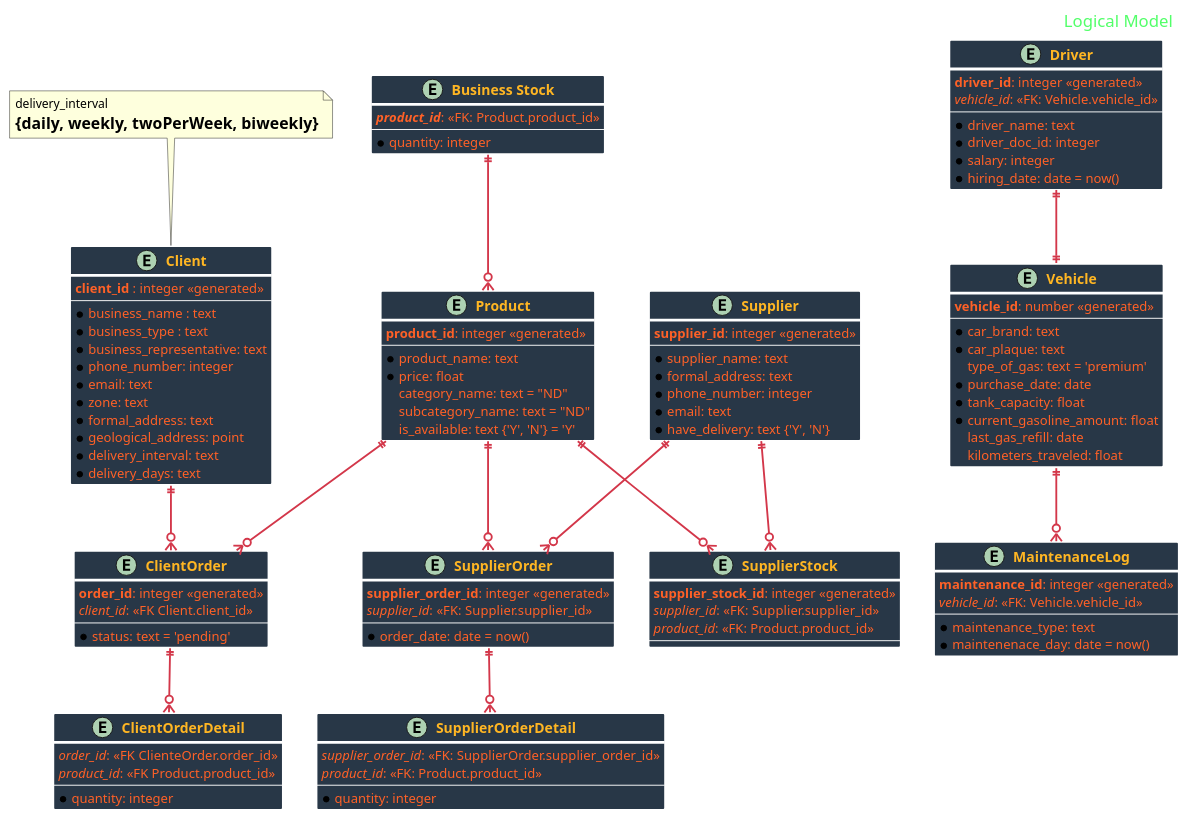
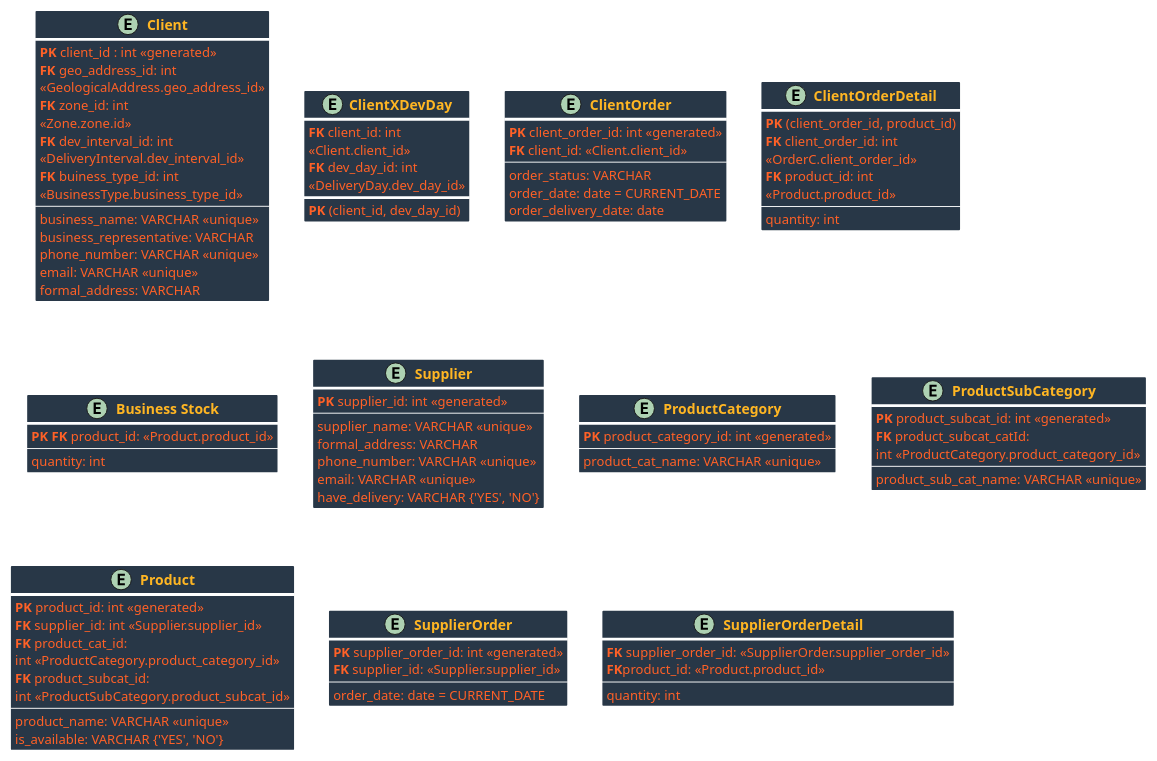
The diagram in logical_diagram.puml (hros19/CorreCaminos-management-system), drawn with PlantUML before and after one commit.

Commit message:
Updgrade of logical diagram

```diff
--- a/logical_diagram.puml
+++ b/logical_diagram.puml
@@ -1,148 +1,123 @@
 @startuml Logical Database Model
 
 skinparam BackgroundColor transparent
 
 skinparam HeaderFontColor #52FF69
 skinparam HeaderFontSize 18
 
 skinparam ArrowFontSize 15
 skinparam ArrowColor D3374A
 skinparam ArrowThickness 2
 skinparam ArrowFontColor #3FD0C4
 
 skinparam ClassBorderColor white
 skinparam ClassBorderThickness 3
 skinparam ClassAttributeFontSize 14
 skinparam ClassAttributeFontColor FF6127
 skinparam ClassBackgroundColor #283747
 skinparam ClassFontSize 15
 skinparam ClassFontStyle Bold
 skinparam ClassFontColor #FFB623
 
-
-header Logical Model
-
 entity "Client" as Client {
-  **client_id** : integer <<generated>>
+  **PK** client_id : int <<generated>>
+  **FK** geo_address_id: int
+    <<GeologicalAddress.geo_address_id>>
+  **FK** zone_id: int
+    <<Zone.zone.id>>
+  **FK** dev_interval_id: int
+    <<DeliveryInterval.dev_interval_id>>
+  **FK** buiness_type_id: int
+    <<BusinessType.business_type_id>>
   --
-  *business_name : text
-  *business_type : text
-  *business_representative: text
-  *phone_number: integer
-  *email: text
-  *zone: text
-  *formal_address: text
-  *geological_address: point
-  *delivery_interval: text
-  *delivery_days: text
-}
-note top
-  delivery_interval 
-  = {daily, weekly, twoPerWeek, biweekly}
-end note
-
-entity "Vehicle" as Vehicle {
-    **vehicle_id**: number <<generated>>
-    --
-    *car_brand: text
-    *car_plaque: text
-    type_of_gas: text = 'premium'
-    *purchase_date: date
-    *tank_capacity: float
-    *current_gasoline_amount: float
-    last_gas_refill: date
-    kilometers_traveled: float
+  business_name: VARCHAR <<unique>>
+  business_representative: VARCHAR
+  phone_number: VARCHAR <<unique>>
+  email: VARCHAR <<unique>>
+  formal_address: VARCHAR 
 }
 
-entity "MaintenanceLog" as MaintenanceLog {
-    **maintenance_id**: integer <<generated>>
-     //vehicle_id//: <<FK: Vehicle.vehicle_id>> 
-    --
-    *maintenance_type: text
-    *maintenenace_day: date = now()
-}
-
-entity "Driver" as Driver {
-    **driver_id**: integer <<generated>>
-    //vehicle_id//: <<FK: Vehicle.vehicle_id>>
-    --
-    *driver_name: text
-    *driver_doc_id: integer
-    *salary: integer
-    *hiring_date: date = now()
+entity "ClientXDevDay" as ClientXDevDay {
+  **PK** (client_id, dev_day_id)
+  **FK** client_id: int
+    <<Client.client_id>>
+  **FK** dev_day_id: int
+    <<DeliveryDay.dev_day_id>>
 }
 
 entity "ClientOrder" as OrderC{
-    **order_id**: integer <<generated>>
-    //client_id//: <<FK Client.client_id>>
+    **PK** client_order_id: int <<generated>>
+    **FK** client_id: <<Client.client_id>>
     --
-    *status: text = 'pending'
+    order_status: VARCHAR
+    order_date: date = CURRENT_DATE
+    order_delivery_date: date
 }
 
 entity "ClientOrderDetail" as OrderDetail {
-    //order_id//: <<FK ClienteOrder.order_id>>
-    //product_id//: <<FK Product.product_id>>
+    **PK** (client_order_id, product_id)
+    **FK** client_order_id: int
+      <<OrderC.client_order_id>>
+    **FK** product_id: int
+      <<Product.product_id>>
     --
-    *quantity: integer
+    quantity: int
 }
 
 entity "Business Stock" as BusinessStock {
-    **//product_id//**: <<FK: Product.product_id>>
+    **PK FK** product_id: <<Product.product_id>>
     --
-    *quantity: integer
+    quantity: int
 }
 
 entity "Supplier" as Supplier {
-    **supplier_id**: integer <<generated>>
+    **PK** supplier_id: int <<generated>>
     --
-    *supplier_name: text
-    *formal_address: text
-    *phone_number: integer
-    *email: text
-    *have_delivery: text {'Y', 'N'}
+    supplier_name: VARCHAR <<unique>>
+    formal_address: VARCHAR
+    phone_number: VARCHAR <<unique>>
+    email: VARCHAR <<unique>>
+    have_delivery: VARCHAR {'YES', 'NO'}
+}
+
+entity "ProductCategory" as ProductCategory {
+    **PK** product_category_id: int <<generated>>
+    --
+    product_cat_name: VARCHAR <<unique>>
+}
+
+entity "ProductSubCategory" as ProductSubCategory {
+    **PK** product_subcat_id: int <<generated>>
+    **FK** product_subcat_catId: 
+      int <<ProductCategory.product_category_id>>
+    --
+    product_sub_cat_name: VARCHAR <<unique>>
 }
 
 entity "Product" as Product {
-    **product_id**: integer <<generated>>
+    **PK** product_id: int <<generated>>
+    **FK** supplier_id: int <<Supplier.supplier_id>>
+    **FK** product_cat_id: 
+      int <<ProductCategory.product_category_id>>
+    **FK** product_subcat_id:
+      int <<ProductSubCategory.product_subcat_id>>
     --
-    *product_name: text
-    *price: float
-    category_name: text = "ND"
-    subcategory_name: text = "ND"
-    is_available: text {'Y', 'N'} = 'Y'
-}
-
-entity "SupplierStock" as SupplierStock {
-    **supplier_stock_id**: integer <<generated>>
-    //supplier_id//: <<FK: Supplier.supplier_id>>
-    //product_id//: <<FK: Product.product_id>>
-    --
+    product_name: VARCHAR <<unique>>
+    is_available: VARCHAR {'YES', 'NO'}
 }
 
 entity "SupplierOrder" as SupplierOrder {
-    **supplier_order_id**: integer <<generated>>
-    //supplier_id//: <<FK: Supplier.supplier_id>>
+    **PK** supplier_order_id: int <<generated>>
+    **FK** supplier_id: <<Supplier.supplier_id>>
     --
-   *order_date: date = now()
+   order_date: date = CURRENT_DATE
 }
 
 entity "SupplierOrderDetail" as SupplierOrderDetail {
-    //supplier_order_id//: <<FK: SupplierOrder.supplier_order_id>>
-    //product_id//: <<FK: Product.product_id>>
+    **FK** supplier_order_id: <<SupplierOrder.supplier_order_id>>
+    **FK**product_id: <<Product.product_id>>
     --
-    *quantity: integer
+    quantity: int
 }
 
-Driver ||--|| Vehicle
-Vehicle ||--o{ MaintenanceLog
-Client ||--o{ OrderC
-Product ||--o{ OrderC
-OrderC ||--o{ OrderDetail
-Supplier ||--o{ SupplierOrder
-Supplier ||--o{ SupplierStock
-Product ||--o{ SupplierStock
-Product ||--o{ SupplierOrder
-BusinessStock ||--o{ Product
-SupplierOrder ||--o{  SupplierOrderDetail
-
 @enduml
```
